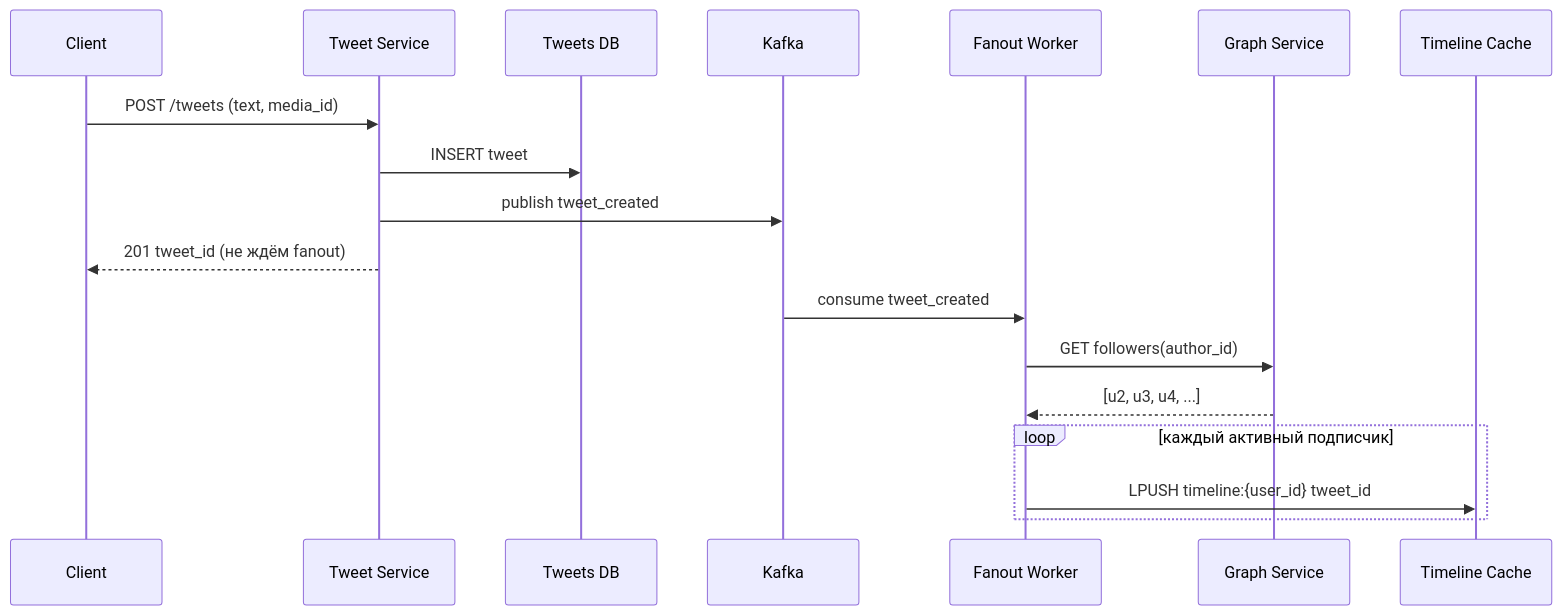
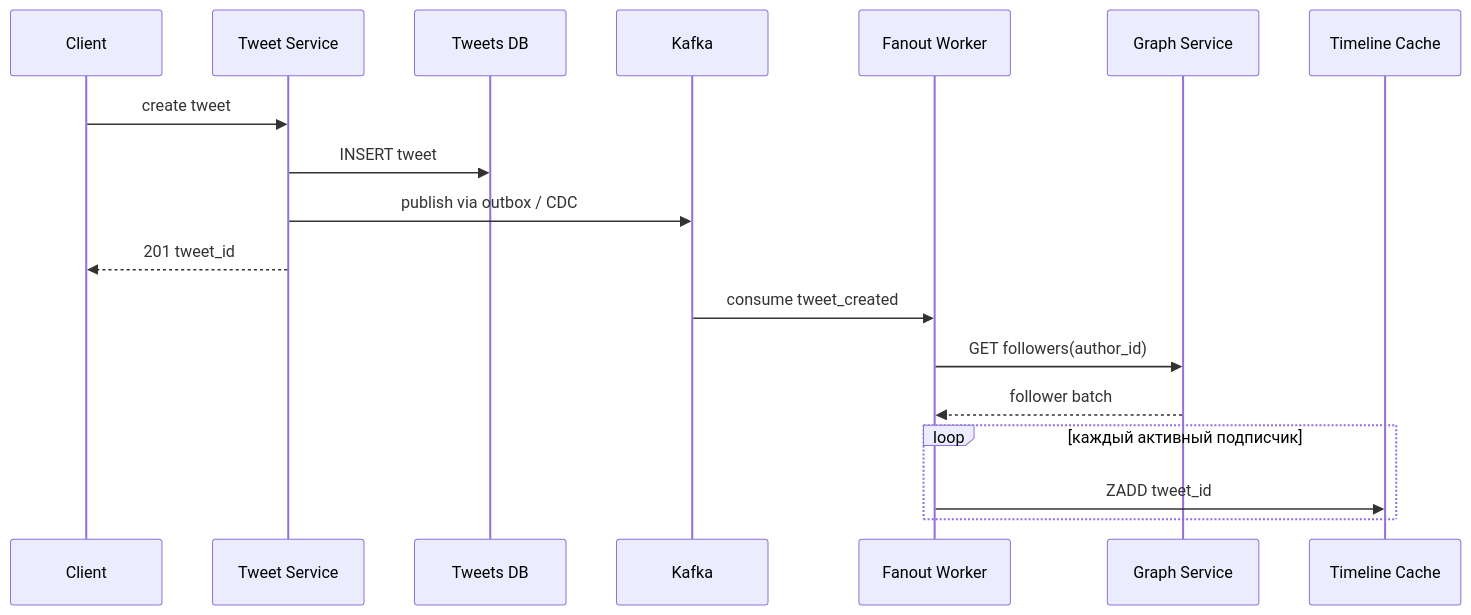
Before and after one commit to AlohaJava/system-design-interview-chamkin: the second of 6 diagrams in 02-case-studies/twitter-feed.md, drawn with Mermaid. The commit also changed other lines of this file and 49 other files, not shown here.

````diff
--- a/02-case-studies/twitter-feed.md
+++ b/02-case-studies/twitter-feed.md
@@ -136,21 +142,21 @@
 ```mermaid
 sequenceDiagram
     participant C as Client
     participant T as Tweet Service
     participant DB as Tweets DB
     participant K as Kafka
     participant F as Fanout Worker
     participant G as Graph Service
     participant R as Timeline Cache
 
-    C->>T: POST /tweets (text, media_id)
+    C->>T: create tweet
     T->>DB: INSERT tweet
-    T->>K: publish tweet_created
-    T-->>C: 201 tweet_id (не ждём fanout)
+    T->>K: publish via outbox / CDC
+    T-->>C: 201 tweet_id
     K->>F: consume tweet_created
     F->>G: GET followers(author_id)
-    G-->>F: [u2, u3, u4, ...]
+    G-->>F: follower batch
     loop каждый активный подписчик
-        F->>R: LPUSH timeline:{user_id} tweet_id
+        F->>R: ZADD tweet_id
     end
 ```
````
